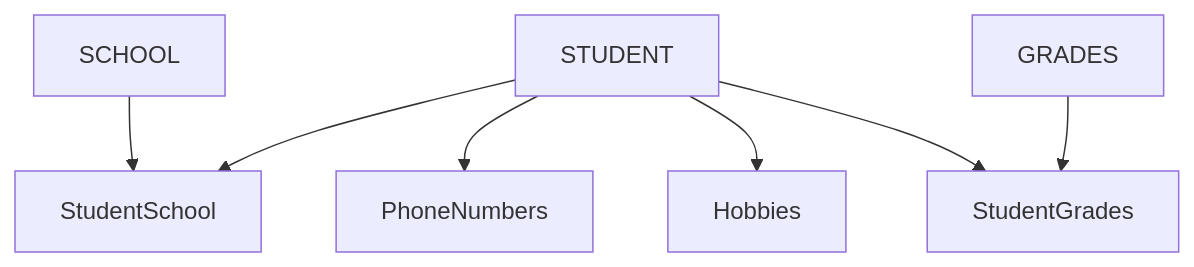
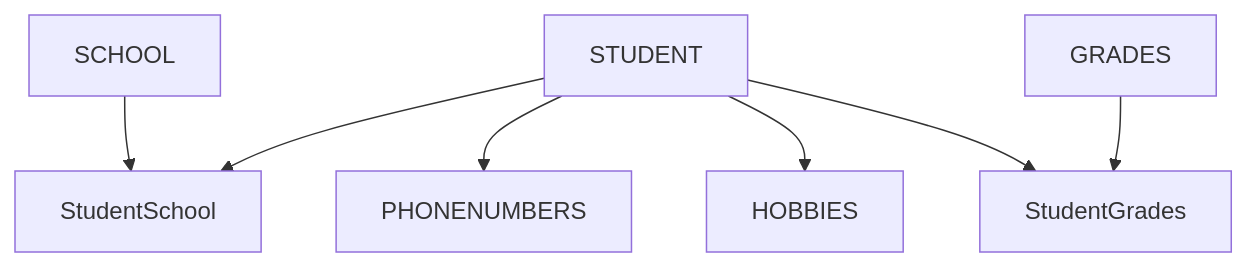
The diagram in README.md (HannahDJU22/db2022-Projekt1), drawn with Mermaid before and after one commit.

````diff
--- a/README.md
+++ b/README.md
@@ -5,9 +5,9 @@
 ```mermaid
 flowchart TD;
 STUDENT --> StudentSchool;
 SCHOOL --> StudentSchool;
-STUDENT --> PhoneNumbers;
-STUDENT --> Hobbies;
+STUDENT --> PHONENUMBERS;
+STUDENT --> HOBBIES;
 STUDENT --> StudentGrades;
 GRADES --> StudentGrades;
 ```
````
